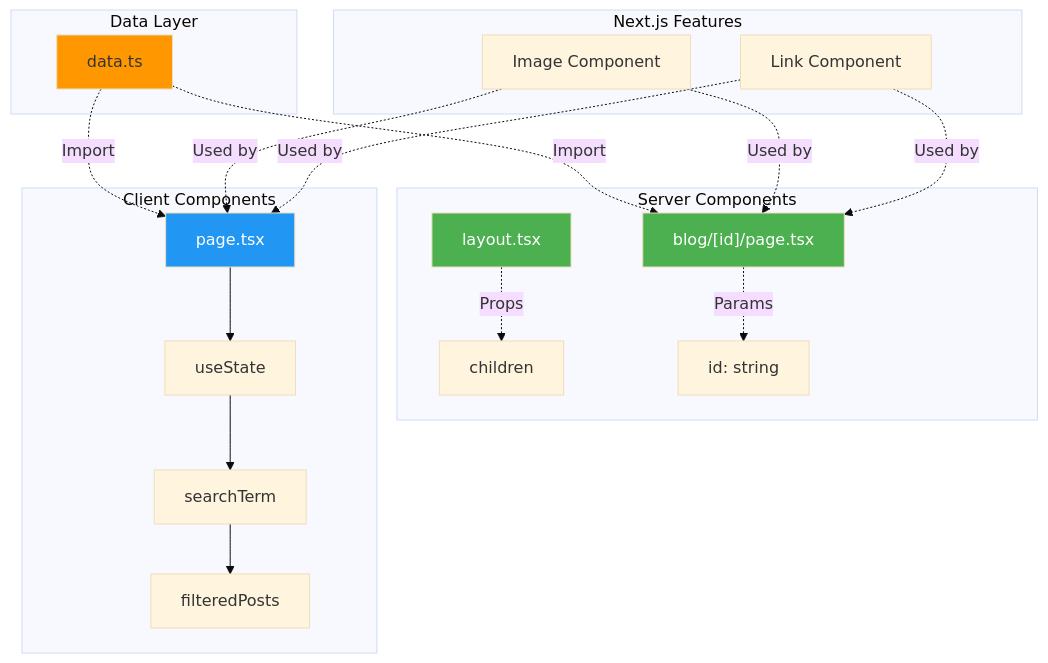
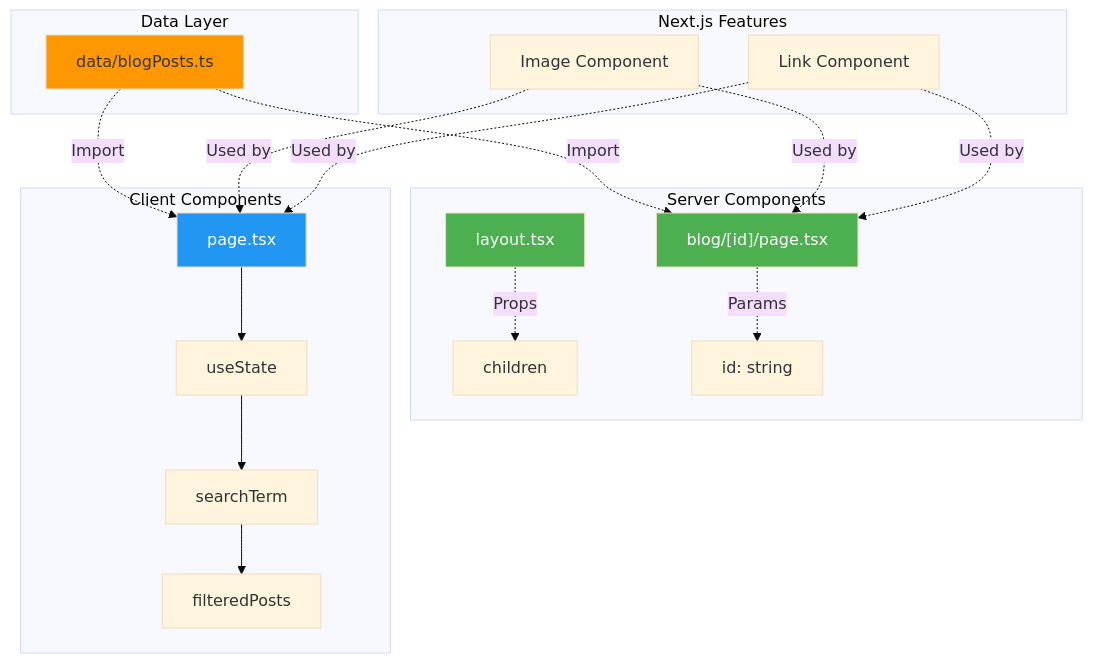
The eighth of 10 diagrams in docs/design/ARCHITECTURE.md (wl21st/nextjs_example), drawn with Mermaid (base theme) before and after one commit. The commit also changed other lines of this file, not shown here.

First line of the commit message:
docs: clean up architecture diagram formatting and update file references

````diff
--- a/docs/design/ARCHITECTURE.md
+++ b/docs/design/ARCHITECTURE.md
@@ -251,30 +251,30 @@
 ```mermaid
 graph TB
     subgraph "Server Components"
         A[layout.tsx] -.Props.-> B[children]
         C["blog/[id]/page.tsx"] -.Params.-> D["id: string"]
     end
     
     subgraph "Client Components"
         E[page.tsx] --> F[useState]
         F --> G[searchTerm]
         G --> H[filteredPosts]
     end
     
     subgraph "Data Layer"
-        I[data.ts] -.Import.-> E
+        I[data/blogPosts.ts] -.Import.-> E
         I -.Import.-> C
     end
     
     subgraph "Next.js Features"
         J[Image Component] -.Used by.-> E
         J -.Used by.-> C
         K[Link Component] -.Used by.-> E
         K -.Used by.-> C
     end
     
     style A fill:#4CAF50,color:#fff
     style C fill:#4CAF50,color:#fff
     style E fill:#2196F3,color:#fff
     style I fill:#FF9800
 ```
````
